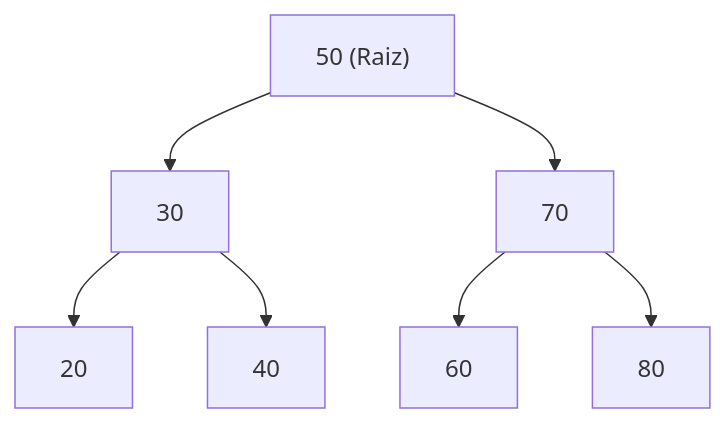
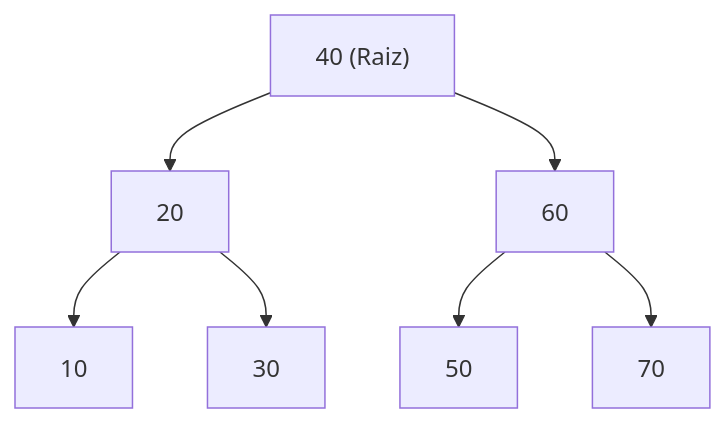
Before and after one commit to thiagosantos346/TCE-GO-2027: the third of 4 diagrams in fontes_de_estudo/conhecimentos_especificos_b02_ti/05_desenvolvimento_de_sistemas/01_algoritmos_estruturas_de_dados_e_paradigmas.md, drawn with Mermaid. The commit also changed other lines of this file and 119 other files, not shown here.

````diff
--- a/fontes_de_estudo/conhecimentos_especificos_b02_ti/05_desenvolvimento_de_sistemas/01_algoritmos_estruturas_de_dados_e_paradigmas.md
+++ b/fontes_de_estudo/conhecimentos_especificos_b02_ti/05_desenvolvimento_de_sistemas/01_algoritmos_estruturas_de_dados_e_paradigmas.md
@@ -171,9 +149,9 @@
 ```mermaid
 graph TD
-    R["50 (Raiz)"] --> E["30"]
-    R --> D["70"]
-    E --> EE["20"]
-    E --> ED["40"]
-    D --> DE["60"]
-    D --> DD["80"]
+    R["40 (Raiz)"] --> E["20"]
+    R --> D["60"]
+    E --> EE["10"]
+    E --> ED["30"]
+    D --> DE["50"]
+    D --> DD["70"]
 ```
````
